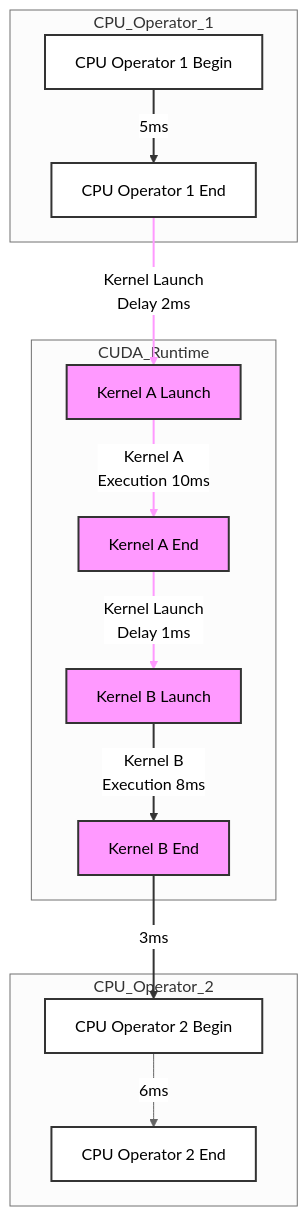
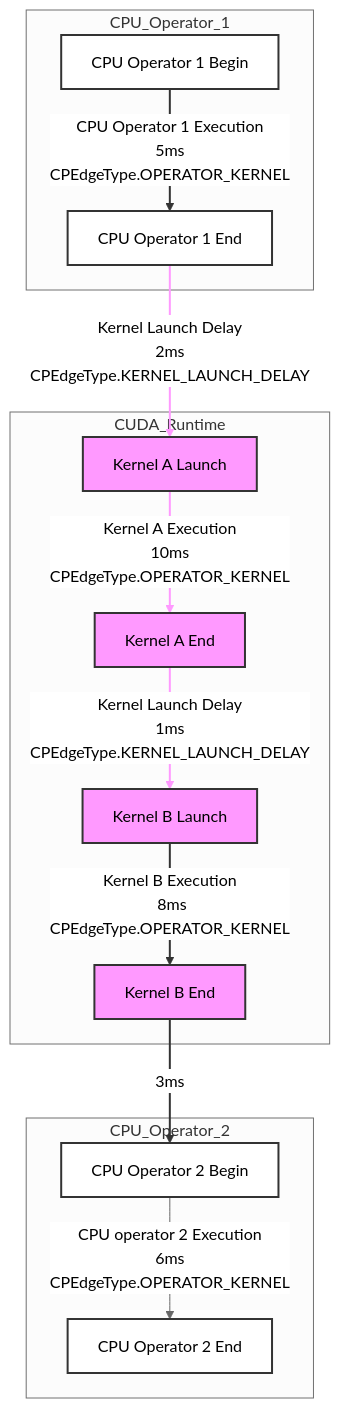
Before and after one commit to pudding-art/gpu_data_analysis: the second of 3 diagrams in ebpf/HTA/critical_path_analysis.md, drawn with Mermaid (neutral theme). The commit also changed other lines of this file and 14 other files, not shown here.

````diff
--- a/ebpf/HTA/critical_path_analysis.md
+++ b/ebpf/HTA/critical_path_analysis.md
@@ -71,31 +71,31 @@
 ```mermaid
 graph TD
     subgraph CPU_Operator_1
-        A[CPU Operator 1 Begin] -->|5ms| B[CPU Operator 1 End]
+        A[CPU Operator 1 Begin] -->| CPU Operator 1 Execution<br> 5ms CPEdgeType.OPERATOR_KERNEL | B[CPU Operator 1 End]
     end
 
     subgraph CUDA_Runtime
-        B -->|Kernel Launch<br>Delay 2ms| C[Kernel A Launch]
-        C -->|Kernel A<br>Execution 10ms| D[Kernel A End]
-        D -->|Kernel Launch<br>Delay 1ms| E[Kernel B Launch]
-        E -->|Kernel B<br>Execution 8ms| F[Kernel B End]
+        B -->|Kernel Launch Delay<br> 2ms CPEdgeType.KERNEL_LAUNCH_DELAY | C[Kernel A Launch]
+        C -->|Kernel A Execution<br> 10ms CPEdgeType.OPERATOR_KERNEL     | D[Kernel A End]
+        D -->|Kernel Launch Delay<br> 1ms CPEdgeType.KERNEL_LAUNCH_DELAY | E[Kernel B Launch]
+        E -->|Kernel B Execution<br>  8ms CPEdgeType.OPERATOR_KERNEL     | F[Kernel B End]
     end
 
     subgraph CPU_Operator_2
         F -->|3ms| G[CPU Operator 2 Begin]
-        G -->|6ms| H[CPU Operator 2 End]
+        G -->|CPU operator 2 Execution<br> 6ms CPEdgeType.OPERATOR_KERNEL | H[CPU Operator 2 End]
     end
 
     classDef cpuOperator fill:#fff,stroke:#333,stroke-width:2px;
     classDef cudaRuntime fill:#f9f,stroke:#333,stroke-width:2px;
     class A,B cpuOperator;
     class C,D,E,F cudaRuntime;
     class G,H cpuOperator;
 
     linkStyle 0 stroke:#333,stroke-width:2px;
     linkStyle 1 stroke:#f9f,stroke-width:2px,dasharray:5,5;
     linkStyle 2 stroke:#f9f,stroke-width:2px;
     linkStyle 3 stroke:#f9f,stroke-width:2px,dasharray:5,5;
     linkStyle 4 stroke:#333,stroke-width:2px;
     linkStyle 5 stroke:#333,stroke-width:2px;
 ```
````
